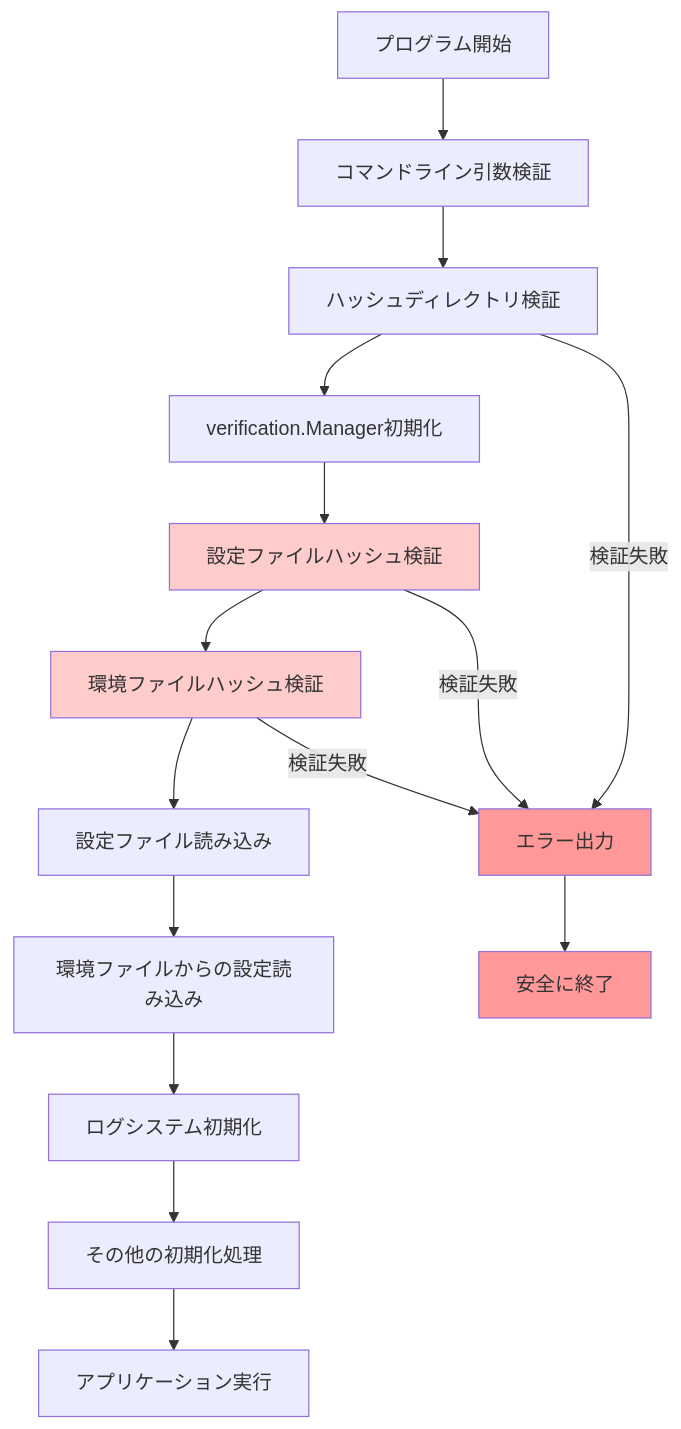
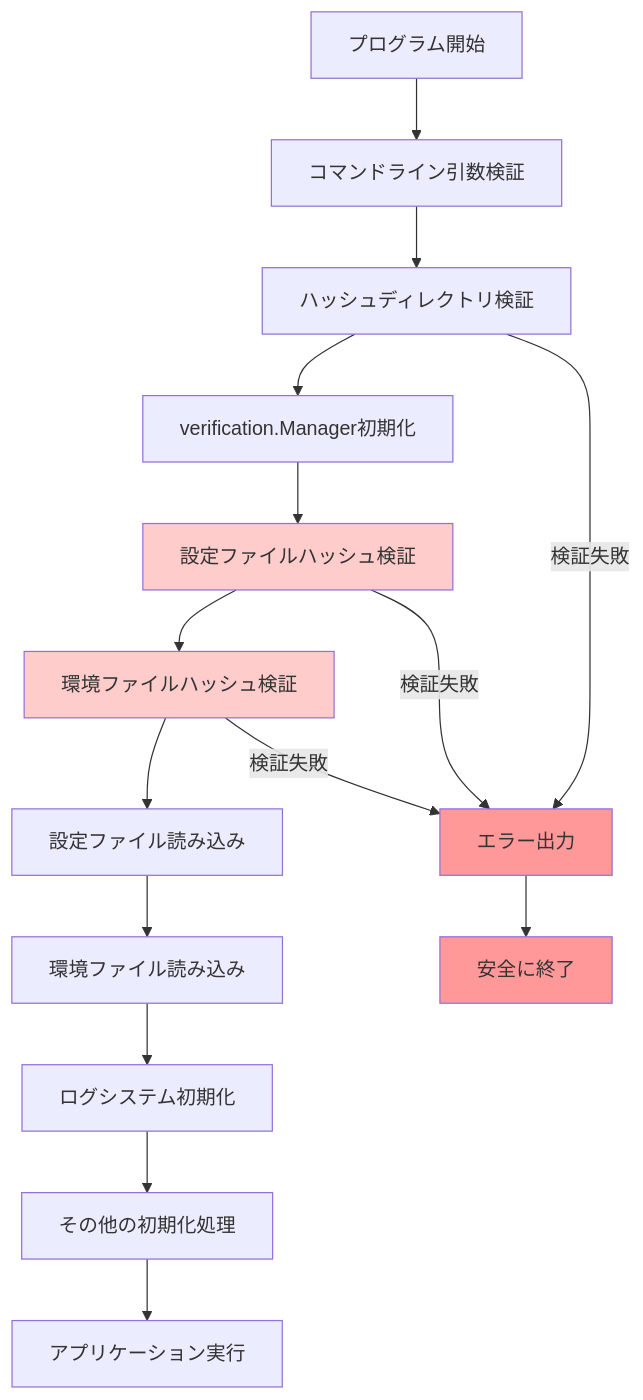
One commit to isseis/go-safe-cmd-runner changed the second of 7 diagrams in docs/tasks/0021_config_verification_timing/02_architecture.md. Above: the diagram before and after it, drawn with Mermaid. The commit also changed other lines of this file and 1 other file, not shown here.

````diff
--- a/docs/tasks/0021_config_verification_timing/02_architecture.md
+++ b/docs/tasks/0021_config_verification_timing/02_architecture.md
@@ -57,23 +57,23 @@
 ```mermaid
 flowchart TD
     A["プログラム開始"] --> B["コマンドライン引数検証"]
     B --> C["ハッシュディレクトリ検証"]
     C --> D["verification.Manager初期化"]
     D --> E["設定ファイルハッシュ検証"]
     E --> F["環境ファイルハッシュ検証"]
     F --> G["設定ファイル読み込み"]
-    G --> H["環境ファイルからの設定読み込み"]
+    G --> H["環境ファイル読み込み"]
     H --> I["ログシステム初期化"]
     I --> J["その他の初期化処理"]
     J --> K2["アプリケーション実行"]
 
     C -->|"検証失敗"| ERR["エラー出力"]
     E -->|"検証失敗"| ERR
     F -->|"検証失敗"| ERR
     ERR --> EXIT["安全に終了"]
 
     style E fill:#ffcccc
     style F fill:#ffcccc
     style ERR fill:#ff9999
     style EXIT fill:#ff9999
 ```
````
